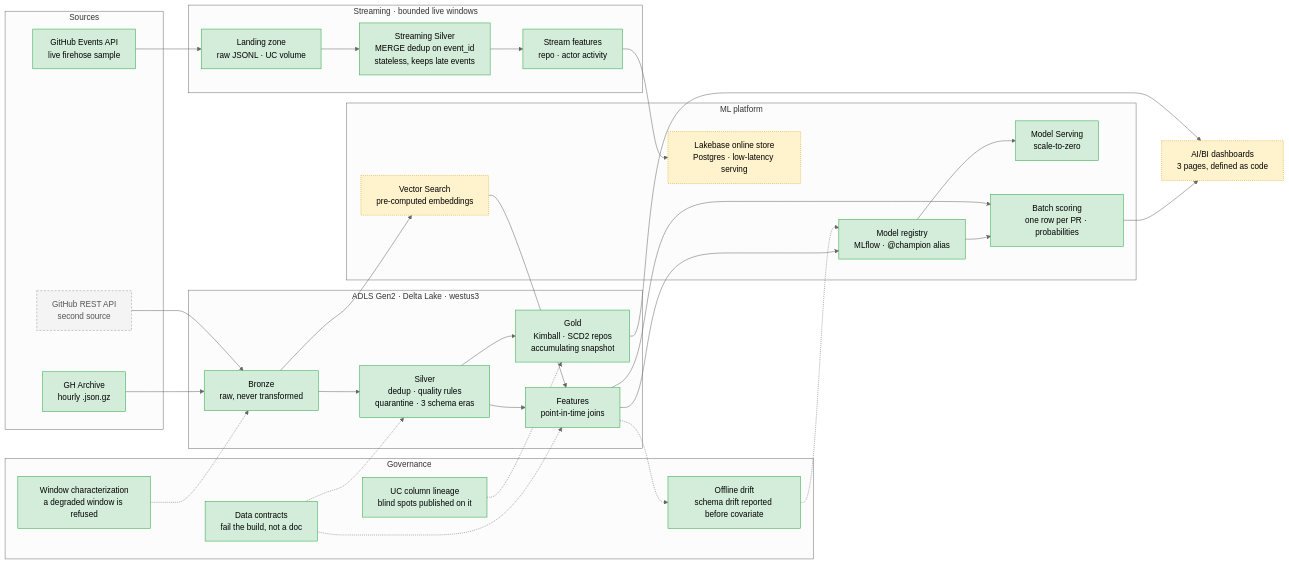
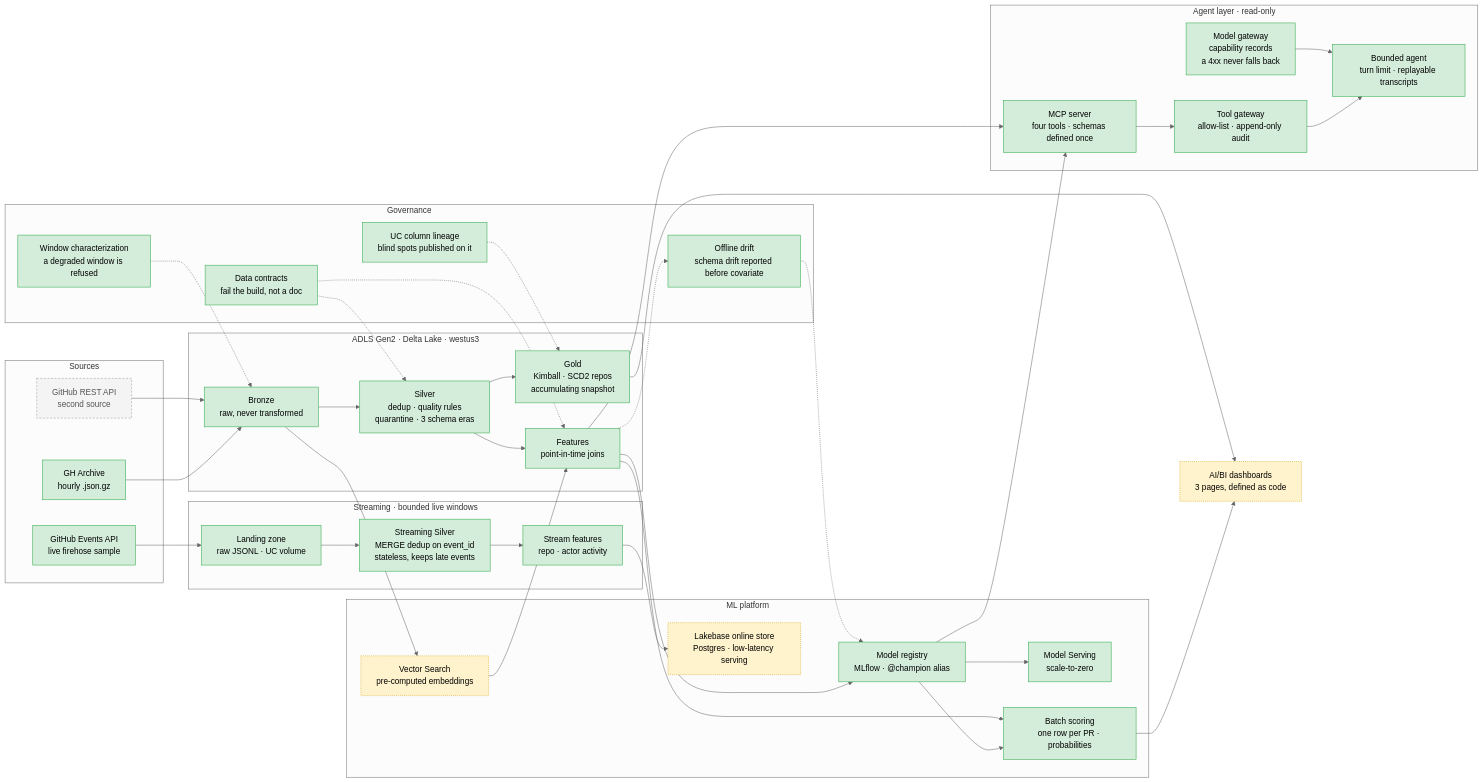
One commit to bsreecharanreddy/almanac changed the diagram in README.md. Above: the diagram before and after it, drawn with Mermaid (neutral theme). The commit also changed other lines of this file and 5 other files, not shown here.

````diff
--- a/README.md
+++ b/README.md
@@ -94,63 +96,74 @@
 ```mermaid
 flowchart LR
   subgraph src[Sources]
     GHA[GH Archive<br/>hourly .json.gz]
     API[GitHub REST API<br/>second source]
     EV[GitHub Events API<br/>live firehose sample]
   end
 
   subgraph lake[ADLS Gen2 · Delta Lake · westus3]
     B[Bronze<br/>raw, never transformed]
     S[Silver<br/>dedup · quality rules<br/>quarantine · 3 schema eras]
     G[Gold<br/>Kimball · SCD2 repos<br/>accumulating snapshot]
     F[Features<br/>point-in-time joins]
   end
 
   subgraph stream[Streaming · bounded live windows]
     L[Landing zone<br/>raw JSONL · UC volume]
     SS[Streaming Silver<br/>MERGE dedup on event_id<br/>stateless, keeps late events]
     SF[Stream features<br/>repo · actor activity]
   end
 
   subgraph ml[ML platform]
     R[Model registry<br/>MLflow · @champion alias]
     E[Model Serving<br/>scale-to-zero]
     P[Batch scoring<br/>one row per PR · probabilities]
     V[Vector Search<br/>pre-computed embeddings]
     O[Lakebase online store<br/>Postgres · low-latency serving]
   end
 
   subgraph gov[Governance]
     CT[Data contracts<br/>fail the build, not a doc]
     LN[UC column lineage<br/>blind spots published on it]
     WC[Window characterization<br/>a degraded window is refused]
     DR[Offline drift<br/>schema drift reported before covariate]
   end
 
+  subgraph agent[Agent layer · read-only]
+    MCP[MCP server<br/>four tools · schemas defined once]
+    TG[Tool gateway<br/>allow-list · append-only audit]
+    MG[Model gateway<br/>capability records<br/>a 4xx never falls back]
+    AG[Bounded agent<br/>turn limit · replayable transcripts]
+  end
+
   GHA --> B
   API --> B
   B --> S
   S --> G
   S --> F
   F --> R --> E
   R --> P
   F --> P
   P --> BI[AI/BI dashboards<br/>3 pages, defined as code]
   G --> BI
   B --> V
   V --> F
   EV --> L --> SS --> SF --> O
   CT -.-> S
   CT -.-> F
   LN -.-> G
   WC -.-> B
   F -.-> DR
   DR -.-> R
+  F --> MCP
+  R --> MCP
+  MCP --> TG --> AG
+  MG --> AG
 
   classDef done fill:#d4edda,stroke:#28a745,color:#000
   classDef todo fill:#f4f4f4,stroke:#999,color:#555,stroke-dasharray:4 3
   classDef gone fill:#fff3cd,stroke:#d39e00,color:#000,stroke-dasharray:2 2
-  class GHA,B,S,G,F,R,E,P,EV,L,SS,SF,CT,LN,WC,DR done
+  class GHA,B,S,G,F,R,E,P,EV,L,SS,SF,CT,LN,WC,DR,MCP,TG,MG,AG done
   class API todo
   class V,O,BI gone
 ```
````
